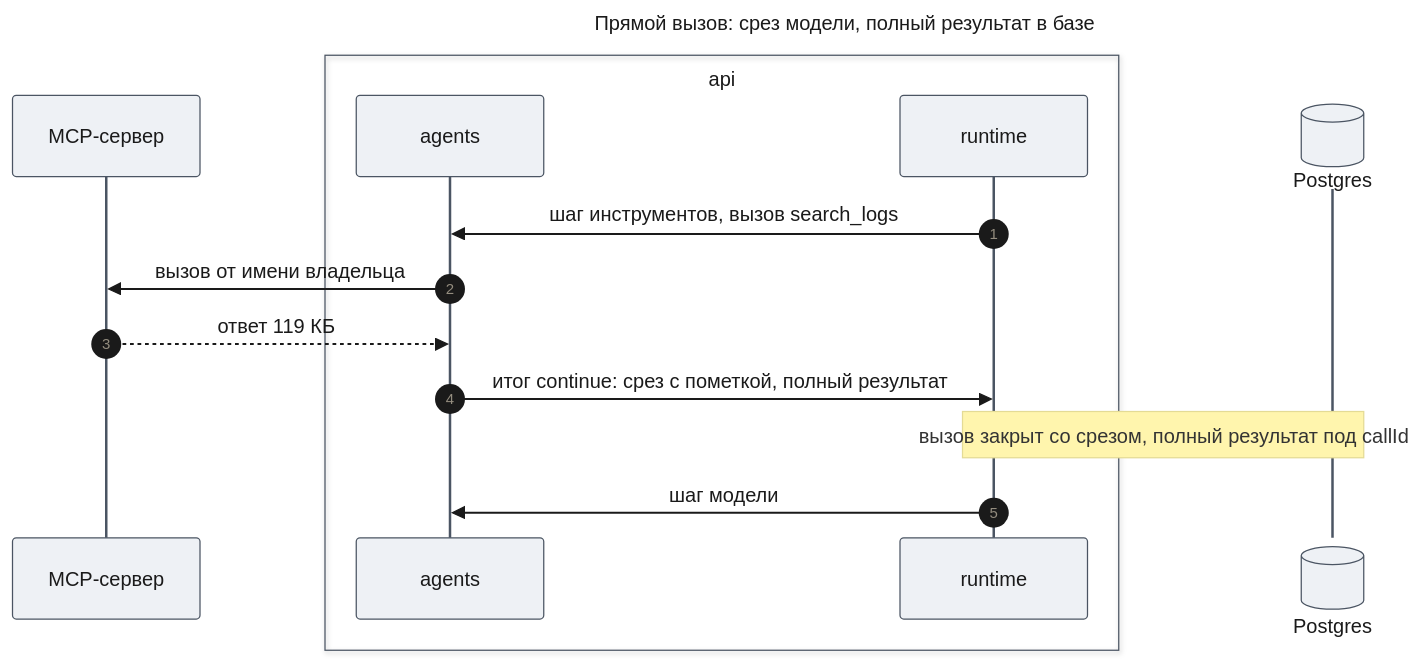
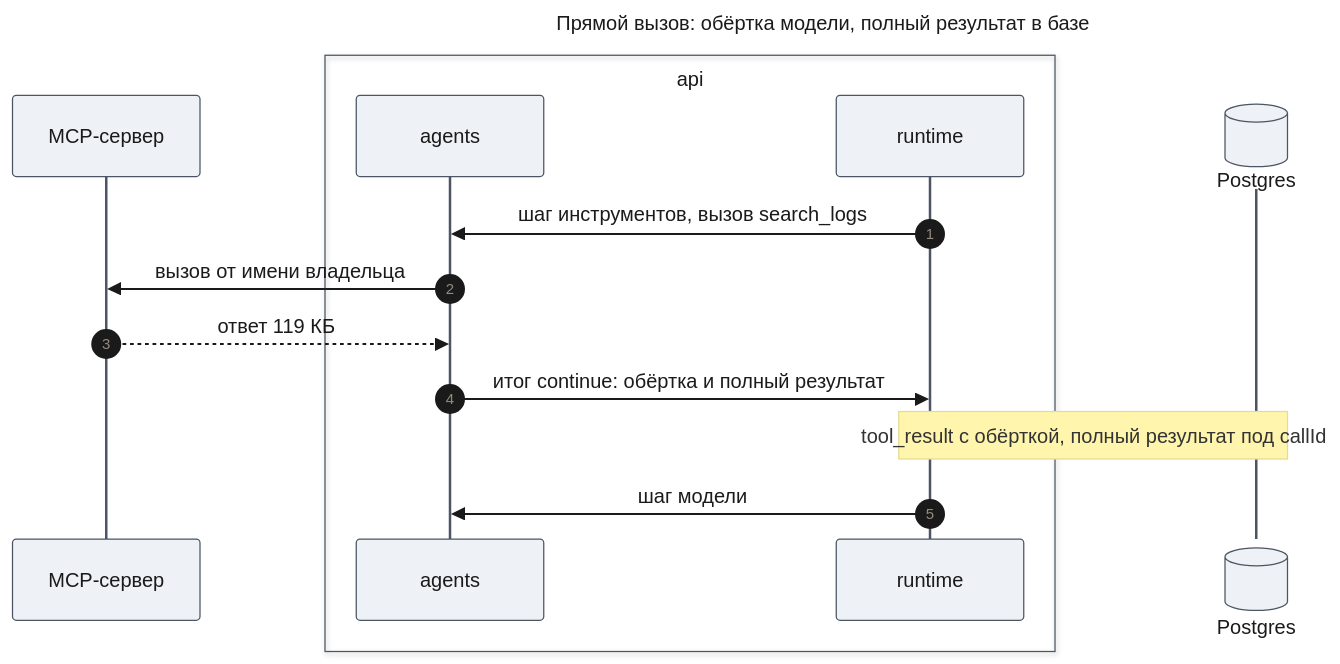
One commit to tundraray/agent-os changed the fifth of 11 diagrams in docs/features/code-execution/design-code-execution.md. Above: the diagram before and after it, drawn with Mermaid. The commit also changed other lines of this file and 420 other files, not shown here.

````diff
--- a/docs/features/code-execution/design-code-execution.md
+++ b/docs/features/code-execution/design-code-execution.md
@@ -454,35 +454,35 @@
 ```mermaid
 ---
-title: "Прямой вызов: срез модели, полный результат в базе"
+title: "Прямой вызов: обёртка модели, полный результат в базе"
 config:
   theme: base
   look: classic
   themeVariables:
     primaryColor: "#eef1f5"
     primaryBorderColor: "#4b5563"
     primaryTextColor: "#1a1a1a"
     lineColor: "#6b7280"
   themeCSS: |
     @keyframes lit_ce1{0%,18%{stroke:#991b1b;stroke-width:6px}20%,100%{stroke:#37474f;stroke-width:2px}}
     @keyframes litr_ce1{0%,18%{stroke:#1d4ed8;stroke-width:6px}20%,100%{stroke:#37474f;stroke-width:2px}}
     .messageLine0[data-id='i1'],.messageLine1[data-id='i1']{animation:lit_ce1 6s linear 0s infinite}
     .messageLine0[data-id='i2'],.messageLine1[data-id='i2']{animation:lit_ce1 6s linear 1.2s infinite}
     .messageLine0[data-id='i3'],.messageLine1[data-id='i3']{animation:litr_ce1 6s linear 2.4s infinite}
     .messageLine0[data-id='i4'],.messageLine1[data-id='i4']{animation:lit_ce1 6s linear 3.6s infinite}
     .messageLine0[data-id='i6'],.messageLine1[data-id='i6']{animation:litr_ce1 6s linear 4.8s infinite}
 ---
 sequenceDiagram
     autonumber
     participant X as MCP-сервер
     box api
     participant AG as agents
     participant RT as runtime
     end
     participant DB@{ "type": "database" } as Postgres
     RT->>AG: шаг инструментов, вызов search_logs
     AG->>X: вызов от имени владельца
     X-->>AG: ответ 119 КБ
-    AG->>RT: итог continue: срез с пометкой, полный результат
-    Note over RT,DB: вызов закрыт со срезом, полный результат под callId
+    AG->>RT: итог continue: обёртка и полный результат
+    Note over RT,DB: tool_result с обёрткой, полный результат под callId
     RT->>AG: шаг модели
 ```
````
